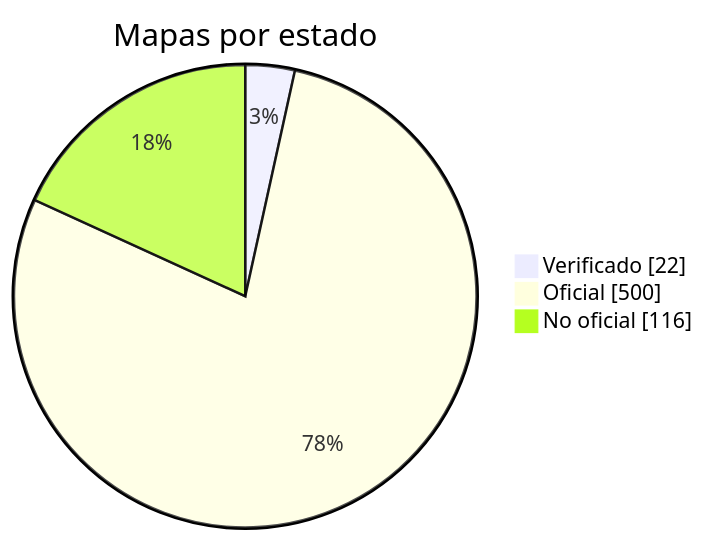
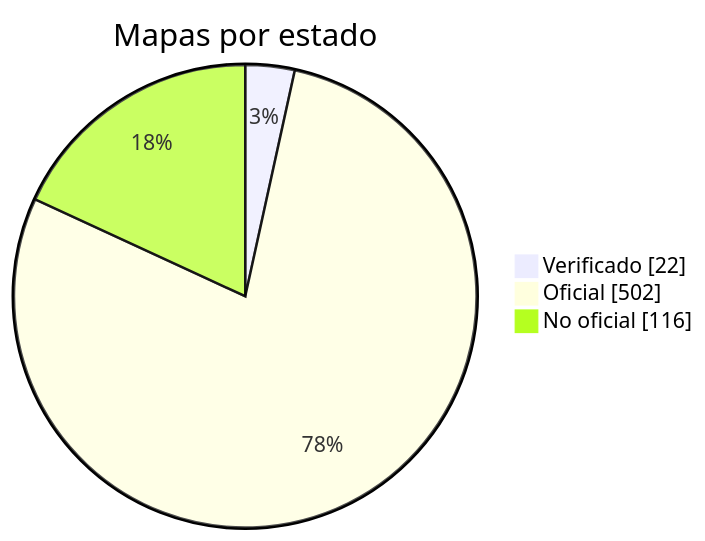
One commit to nobrega8/mbmap-library changed the diagram in docs/readme/README_ES.md. Above: the diagram before and after it, drawn with Mermaid. The commit also changed 7 other files, not shown here.

````diff
--- a/docs/readme/README_ES.md
+++ b/docs/readme/README_ES.md
@@ -54,7 +54,7 @@
 ```mermaid
 pie showData
     title Mapas por estado
     "Verificado" : 22
-    "Oficial" : 500
+    "Oficial" : 502
     "No oficial" : 116
 ```
````
